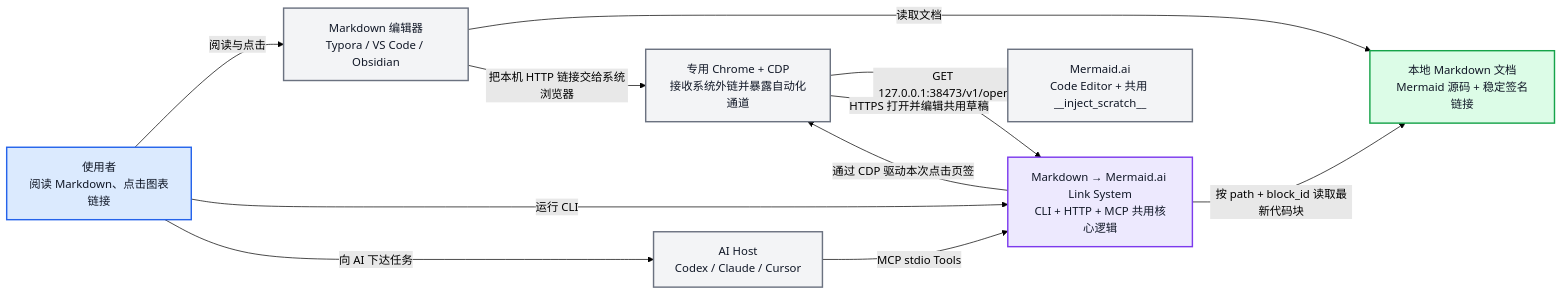
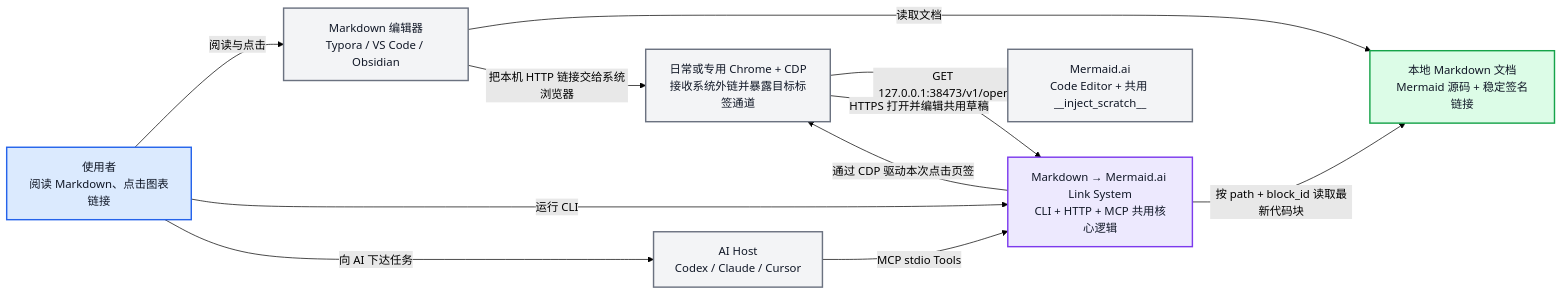
Before and after one commit to Async23/mermaid-ai-links: the first of 3 diagrams in docs/C4.md, drawn with Mermaid (forest theme). The commit also changed other lines of this file and 12 other files, not shown here.

First line of the commit message:
fix: scope Chrome CDP injection to target tab

````diff
--- a/docs/C4.md
+++ b/docs/C4.md
@@ -21,31 +21,31 @@
 ```mermaid
 flowchart LR
     person_user["使用者<br/>阅读 Markdown、点击图表链接"]
     external_agent["AI Host<br/>Codex / Claude / Cursor"]
     external_editor["Markdown 编辑器<br/>Typora / VS Code / Obsidian"]
     external_files["本地 Markdown 文档<br/>Mermaid 源码 + 稳定签名链接"]
     system_bridge["Markdown → Mermaid.ai Link System<br/>CLI + HTTP + MCP 共用核心逻辑"]
-    external_chrome["专用 Chrome + CDP<br/>接收系统外链并暴露自动化通道"]
+    external_chrome["日常或专用 Chrome + CDP<br/>接收系统外链并暴露目标标签通道"]
     external_mermaid["Mermaid.ai<br/>Code Editor + 共用 __inject_scratch__"]
 
     person_user -->|"阅读与点击"| external_editor
     person_user -->|"运行 CLI"| system_bridge
     person_user -->|"向 AI 下达任务"| external_agent
     external_agent -->|"MCP stdio Tools"| system_bridge
     external_editor -->|"读取文档"| external_files
     external_editor -->|"把本机 HTTP 链接交给系统浏览器"| external_chrome
     external_chrome -->|"GET 127.0.0.1:38473/v1/open"| system_bridge
     system_bridge -->|"按 path + block_id 读取最新代码块"| external_files
     system_bridge -->|"通过 CDP 驱动本次点击页签"| external_chrome
     external_chrome -->|"HTTPS 打开并编辑共用草稿"| external_mermaid
 
     classDef person fill:#DBEAFE,stroke:#2563EB,color:#111827,stroke-width:2px
     classDef system fill:#EDE9FE,stroke:#7C3AED,color:#111827,stroke-width:2px
     classDef external fill:#F3F4F6,stroke:#6B7280,color:#111827,stroke-width:2px
     classDef store fill:#DCFCE7,stroke:#16A34A,color:#111827,stroke-width:2px
 
     class person_user person
     class system_bridge system
     class external_agent,external_editor,external_chrome,external_mermaid external
     class external_files store
 ```
````
